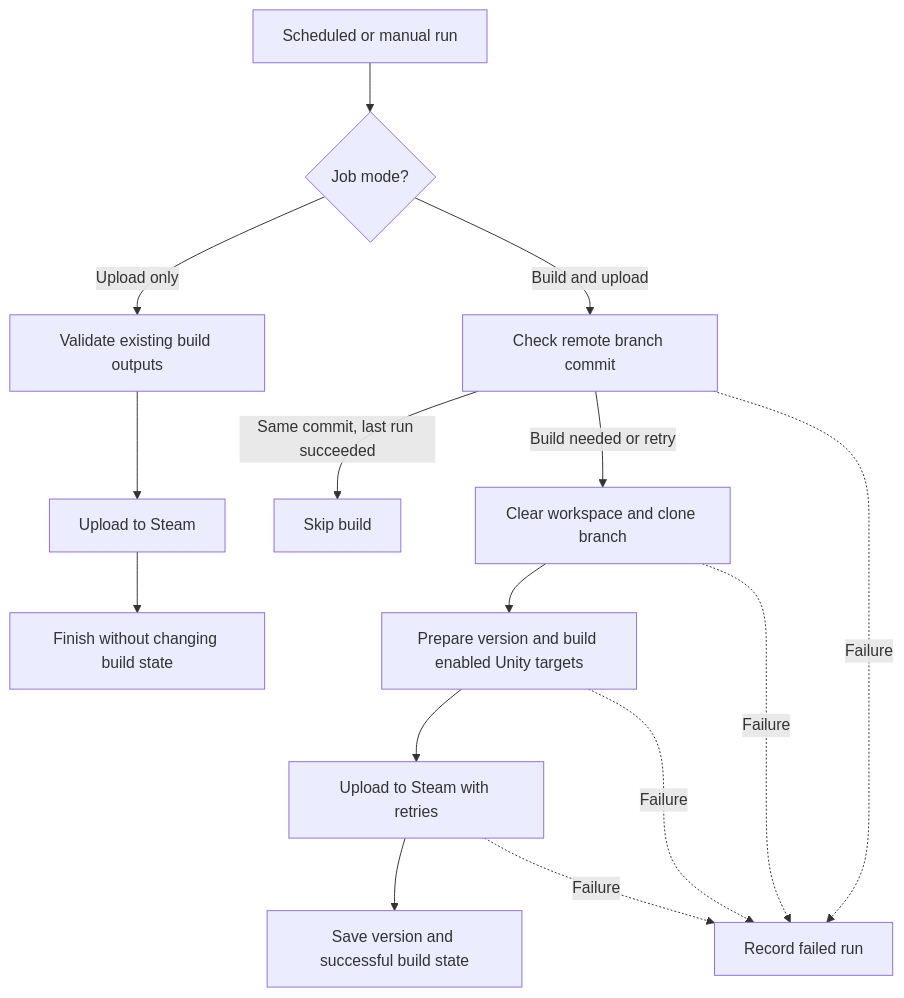
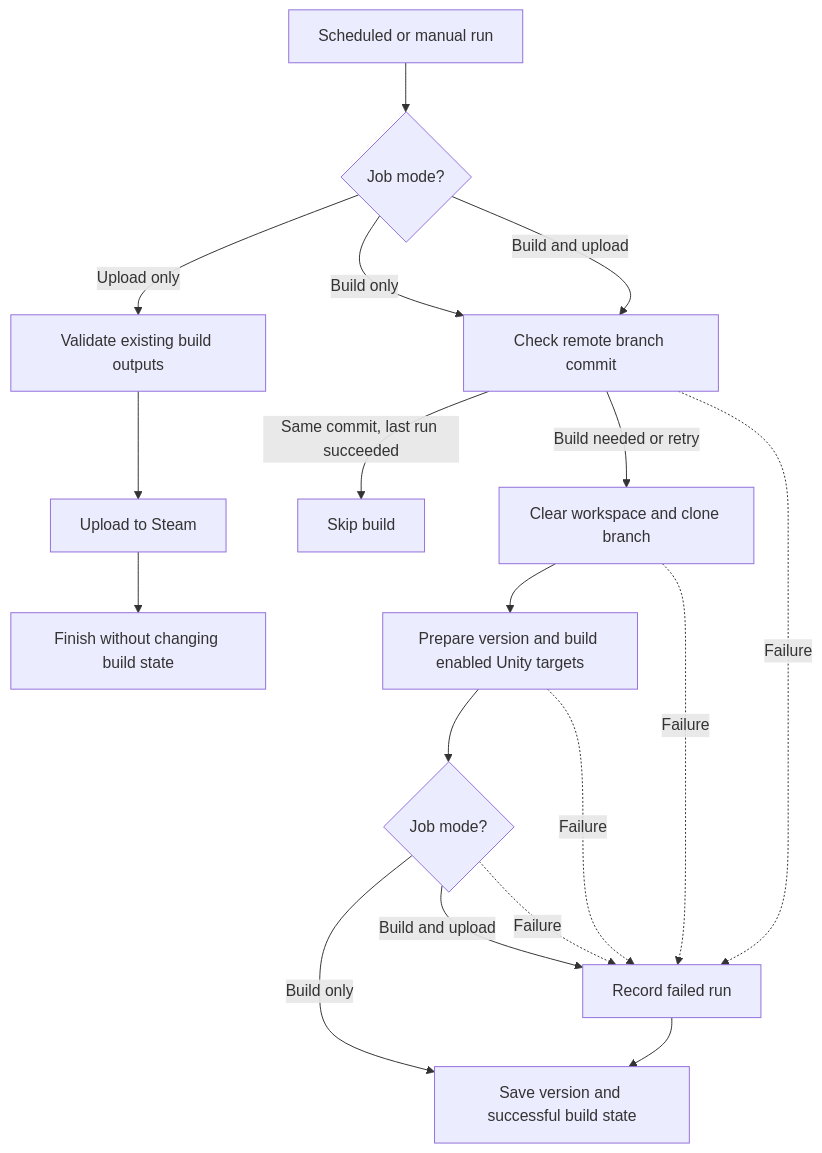
The diagram in README.md (jhasamdev/unity-build-bot), drawn with Mermaid before and after one commit. The commit also changed other lines of this file and 9 other files, not shown here.

Commit message:
Add modes: only upload to steam and tag versioning

````diff
--- a/README.md
+++ b/README.md
@@ -10,17 +10,20 @@
 ```mermaid
 flowchart TD
   A[Scheduled or manual run] --> B{Job mode?}
   B -- Upload only --> C[Validate existing build outputs]
   C --> D[Upload to Steam]
   D --> E[Finish without changing build state]
-  B -- Build and upload --> F[Check remote branch commit]
+  B -- Build only --> F[Check remote branch commit]
+  B -- Build and upload --> F
   F -- Same commit, last run succeeded --> G[Skip build]
   F -- Build needed or retry --> H[Clear workspace and clone branch]
   H --> I[Prepare version and build enabled Unity targets]
-  I --> J[Upload to Steam with retries]
-  J --> K[Save version and successful build state]
+  I --> J{Job mode?}
+  J -- Build only --> K[Save version and successful build state]
+  J -- Build and upload --> L[Upload to Steam with retries]
+  L --> K
   F -. Failure .-> L[Record failed run]
   H -. Failure .-> L
   I -. Failure .-> L
   J -. Failure .-> L
 ```
````
